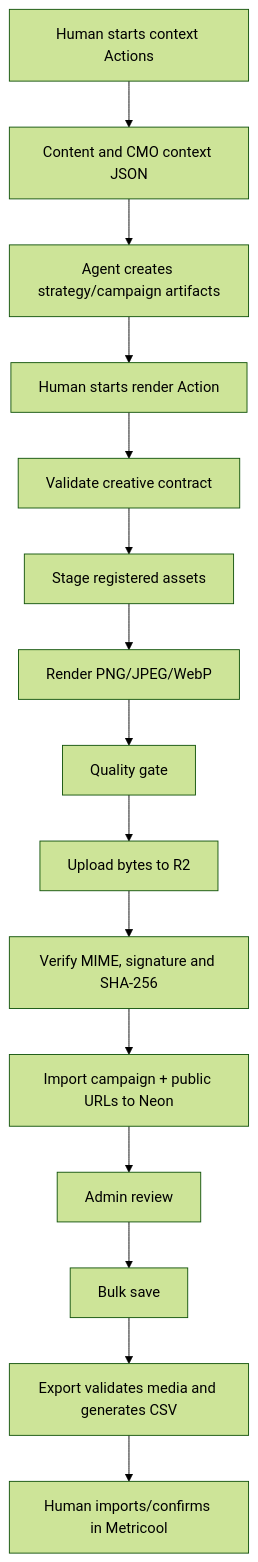
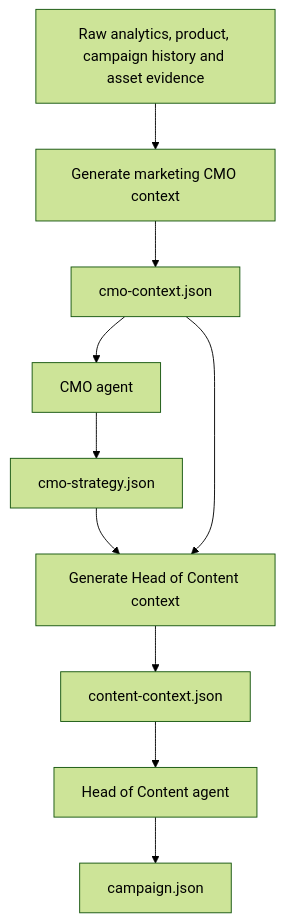
Before and after one commit to rfullivarri/innerbloomv3: the second of 4 diagrams in Docs/marketing/automated-marketing-system.md, drawn with Mermaid (forest theme). The commit also changed other lines of this file, not shown here.

Commit message:
docs(marketing): define exact agent handoffs and scheduled execution options

````diff
--- a/Docs/marketing/automated-marketing-system.md
+++ b/Docs/marketing/automated-marketing-system.md
@@ -38,17 +35,12 @@
 ```mermaid
 flowchart TD
-  A[Human starts context Actions] --> B[Content and CMO context JSON]
-  B --> C[Agent creates strategy/campaign artifacts]
-  C --> D[Human starts render Action]
-  D --> E[Validate creative contract]
-  E --> F[Stage registered assets]
-  F --> G[Render PNG/JPEG/WebP]
-  G --> H[Quality gate]
-  H --> I[Upload bytes to R2]
-  I --> J[Verify MIME, signature and SHA-256]
-  J --> K[Import campaign + public URLs to Neon]
-  K --> L[Admin review]
-  L --> M[Bulk save]
-  M --> N[Export validates media and generates CSV]
-  N --> O[Human imports/confirms in Metricool]
+  A[Raw analytics, product, campaign history and asset evidence] --> B[Generate marketing CMO context]
+  B --> C[cmo-context.json]
+  C --> D[CMO agent]
+  D --> E[cmo-strategy.json]
+  E --> F[Generate Head of Content context]
+  C --> F
+  F --> G[content-context.json]
+  G --> H[Head of Content agent]
+  H --> I[campaign.json]
 ```
````
